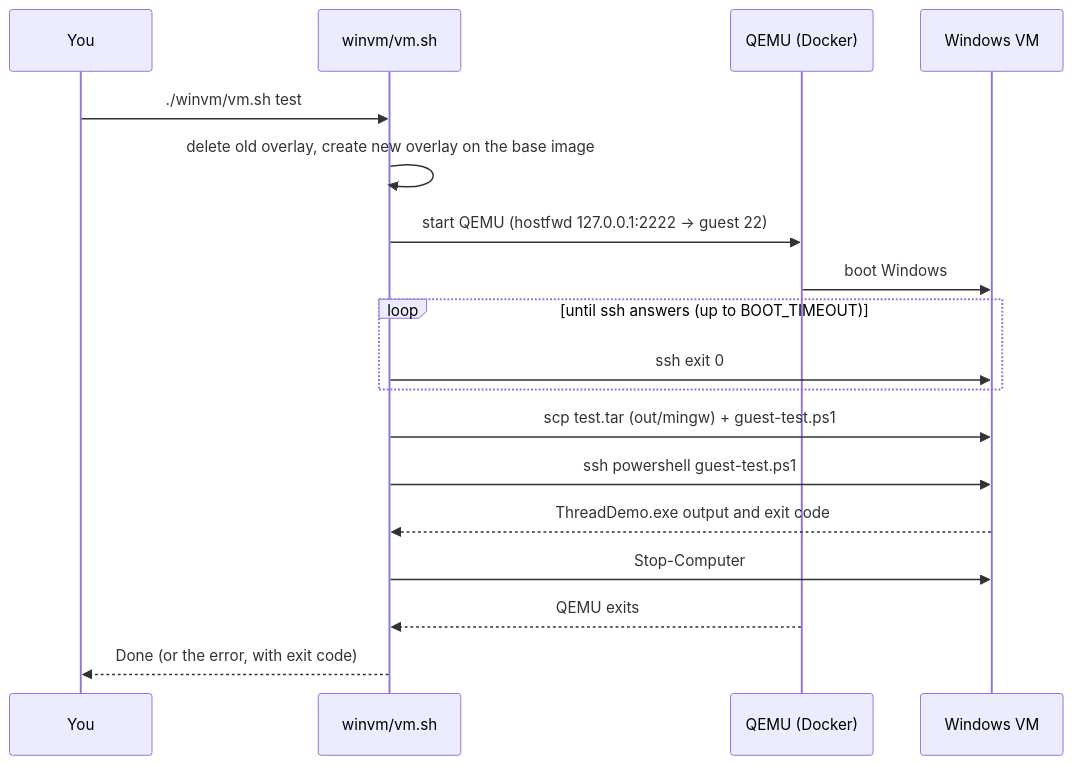
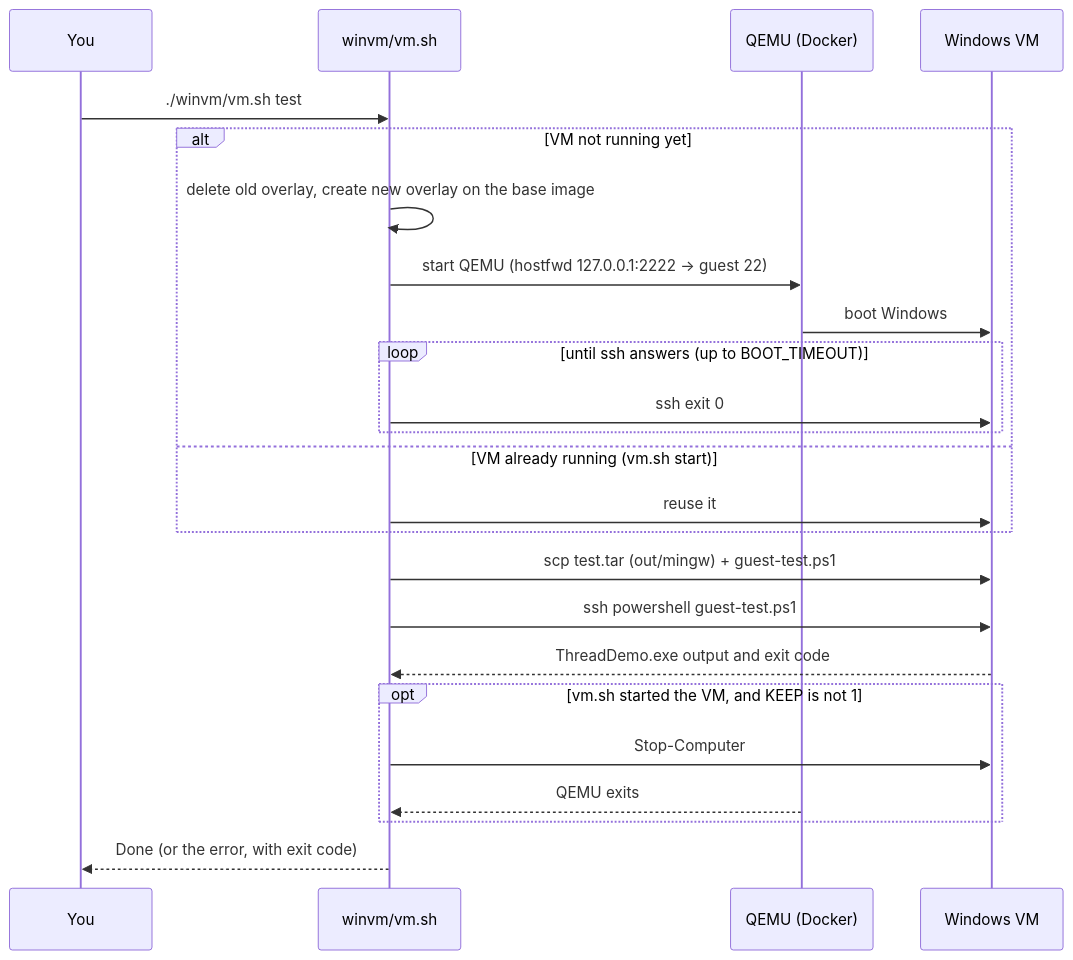
Before and after one commit to JohnBlue-git/Windows_CMake_Build: the third of 5 diagrams in README.md, drawn with Mermaid. The commit also changed other lines of this file and 8 other files, not shown here.

````diff
--- a/README.md
+++ b/README.md
@@ -92,20 +91,26 @@
 ```mermaid
 sequenceDiagram
     participant U as You
     participant V as winvm/vm.sh
     participant Q as QEMU (Docker)
     participant W as Windows VM
     U->>V: ./winvm/vm.sh test
-    V->>V: delete old overlay, create new overlay on the base image
-    V->>Q: start QEMU (hostfwd 127.0.0.1:2222 -> guest 22)
-    Q->>W: boot Windows
-    loop until ssh answers (up to BOOT_TIMEOUT)
-        V->>W: ssh exit 0
+    alt VM not running yet
+        V->>V: delete old overlay, create new overlay on the base image
+        V->>Q: start QEMU (hostfwd 127.0.0.1:2222 -> guest 22)
+        Q->>W: boot Windows
+        loop until ssh answers (up to BOOT_TIMEOUT)
+            V->>W: ssh exit 0
+        end
+    else VM already running (vm.sh start)
+        V->>W: reuse it
     end
     V->>W: scp test.tar (out/mingw) + guest-test.ps1
     V->>W: ssh powershell guest-test.ps1
     W-->>V: ThreadDemo.exe output and exit code
-    V->>W: Stop-Computer
-    Q-->>V: QEMU exits
+    opt vm.sh started the VM, and KEEP is not 1
+        V->>W: Stop-Computer
+        Q-->>V: QEMU exits
+    end
     V-->>U: Done (or the error, with exit code)
 ```
````
